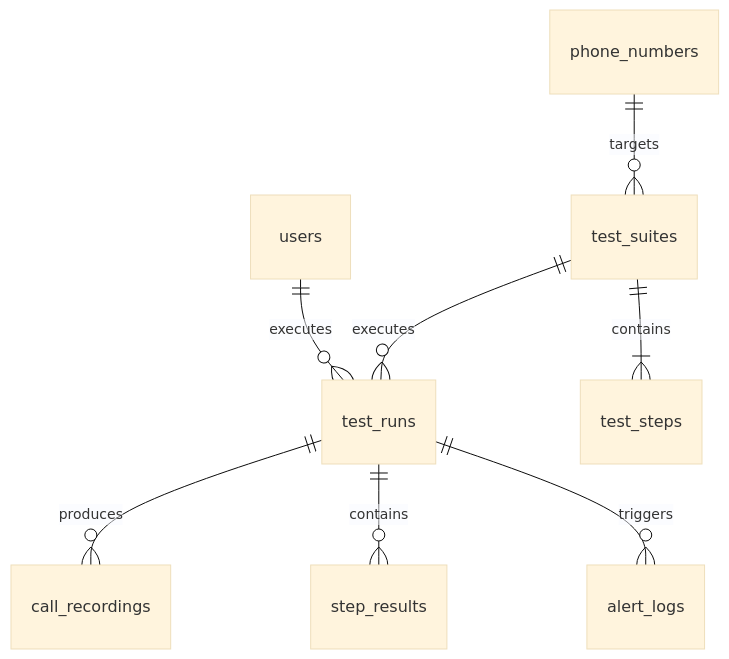
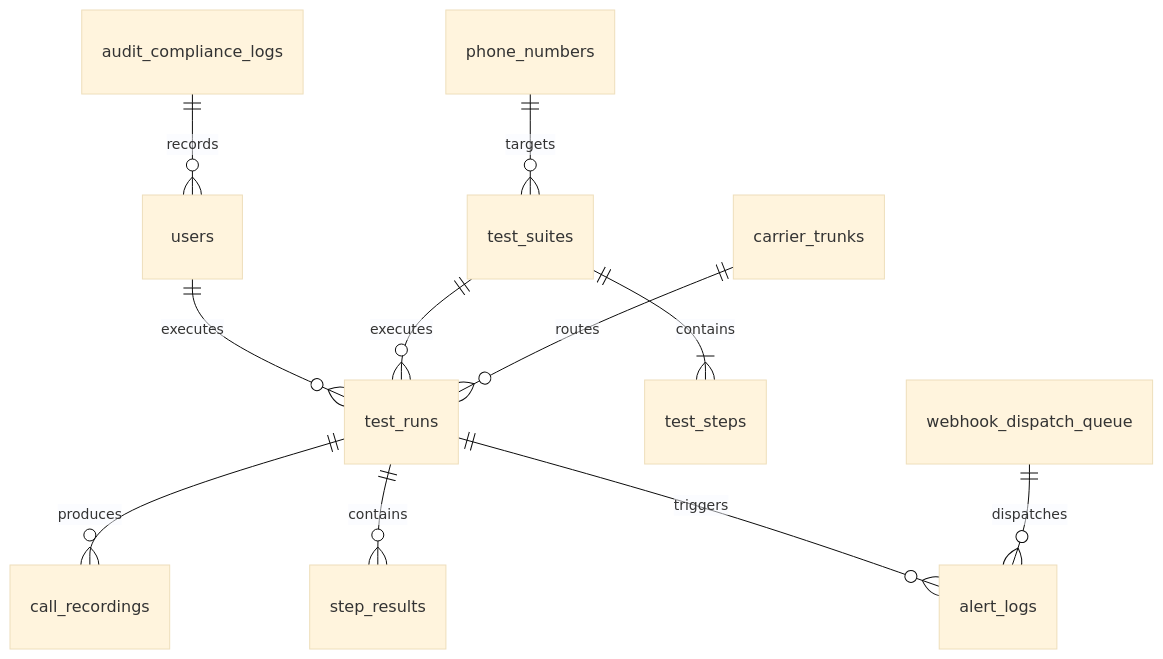
The fourth of 4 diagrams in docs/01_HIGH_LEVEL_ARCHITECTURE.md (atreyayelishetti/voxpulse-ai-enterprise), drawn with Mermaid (base theme) before and after one commit. The commit also changed other lines of this file and 9 other files, not shown here.

Commit message:
docs: synchronize complete 10-file enterprise architecture documentation suite (107 modules, 27 REST endpoints, 1,500 tests)

````diff
--- a/docs/01_HIGH_LEVEL_ARCHITECTURE.md
+++ b/docs/01_HIGH_LEVEL_ARCHITECTURE.md
@@ -114,10 +122,13 @@
 ```mermaid
 erDiagram
     users ||--o{ test_runs : executes
     phone_numbers ||--o{ test_suites : targets
     test_suites ||--|{ test_steps : contains
     test_suites ||--o{ test_runs : executes
     test_runs ||--o{ call_recordings : produces
     test_runs ||--o{ step_results : contains
     test_runs ||--o{ alert_logs : triggers
+    carrier_trunks ||--o{ test_runs : routes
+    audit_compliance_logs ||--o{ users : records
+    webhook_dispatch_queue ||--o{ alert_logs : dispatches
 ```
````
